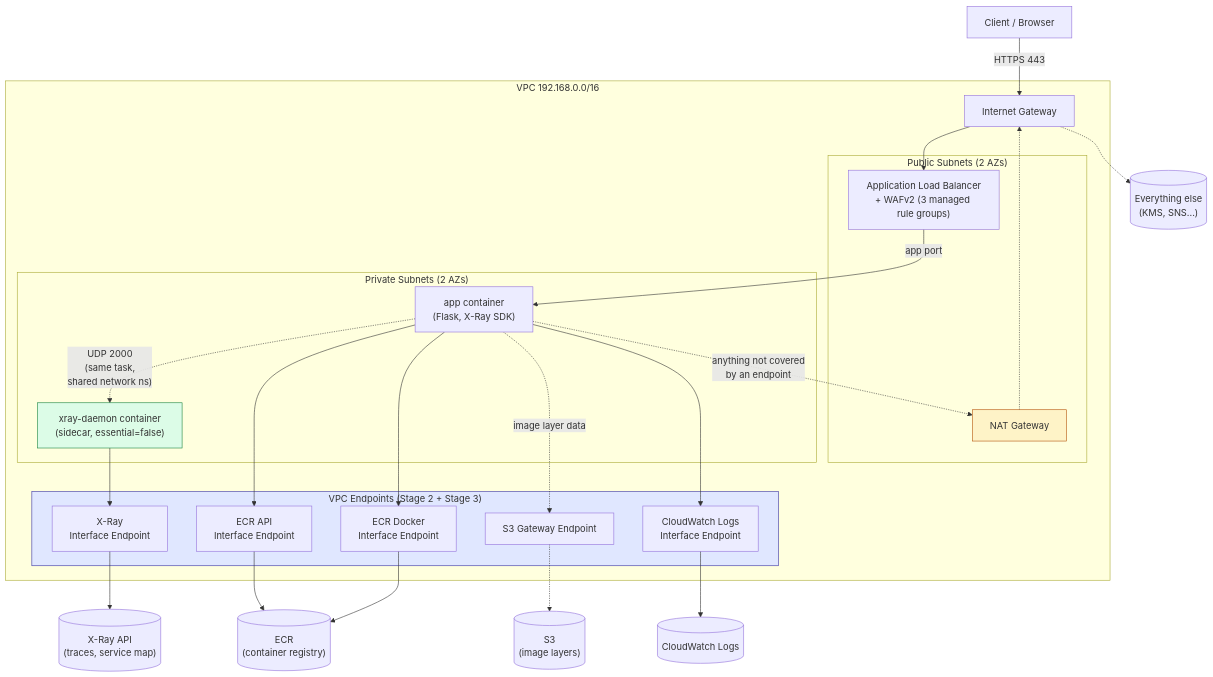
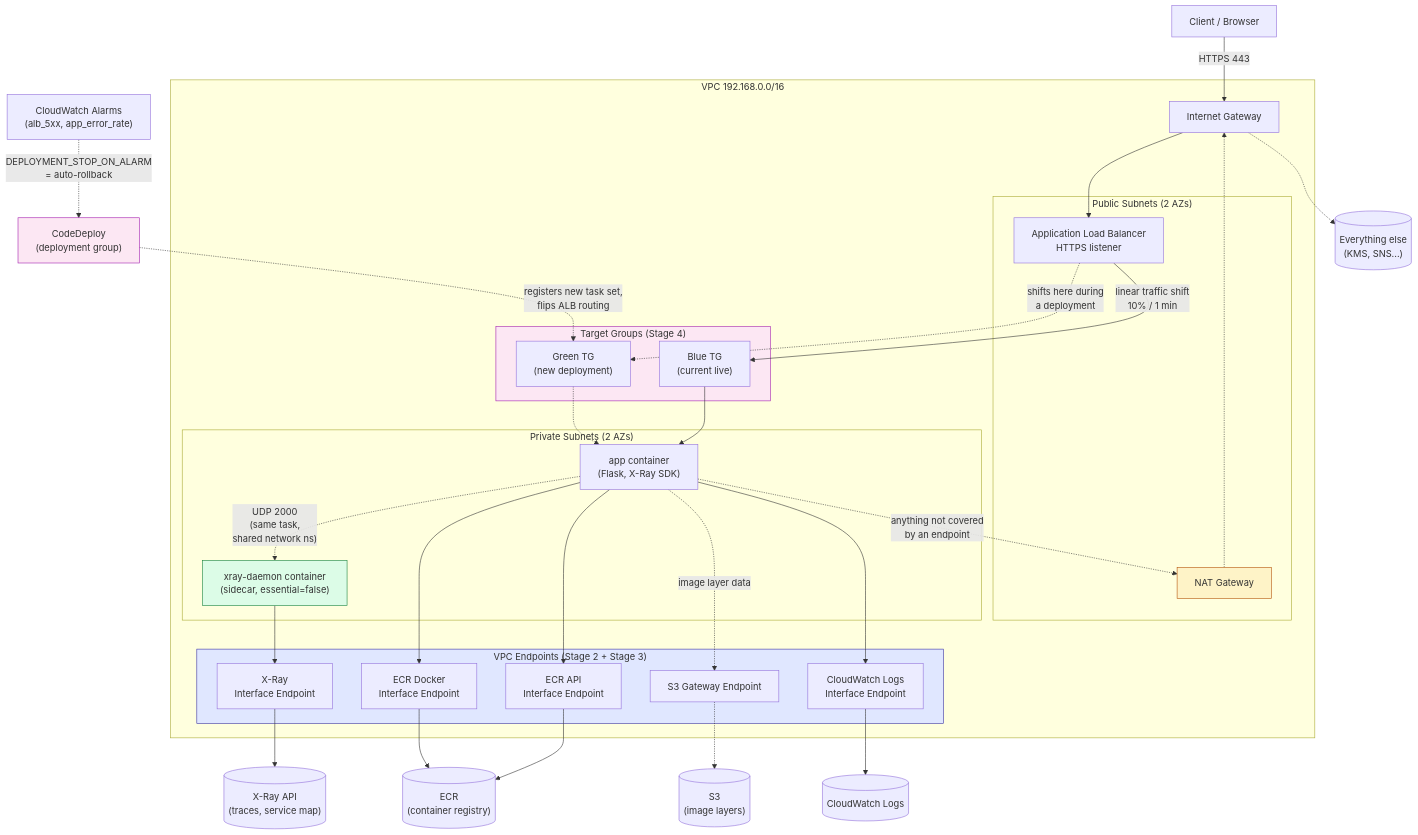
The diagram in weeks/week-05-progressive-delivery/README.md (adenoch1/devsecops-bootcamp), drawn with Mermaid before and after one commit. The commit also changed other lines of this file and 6 other files, not shown here.

First line of the commit message:
Week 05 Stage 4: CodeDeploy Blue/Green traffic shifting

````diff
--- a/weeks/week-05-progressive-delivery/README.md
+++ b/weeks/week-05-progressive-delivery/README.md
@@ -23,49 +23,64 @@
 ```mermaid
 graph TB
     Client["Client / Browser"]
+    CodeDeploy["CodeDeploy<br/>(deployment group)"]
+    Alarms["CloudWatch Alarms<br/>(alb_5xx, app_error_rate)"]
 
     subgraph VPC["VPC 192.168.0.0/16"]
         IGW["Internet Gateway"]
 
         subgraph Public["Public Subnets (2 AZs)"]
-            ALB["Application Load Balancer<br/>+ WAFv2 (3 managed rule groups)"]
+            ALB["Application Load Balancer<br/>HTTPS listener"]
             NAT["NAT Gateway"]
+        end
+
+        subgraph TGs["Target Groups (Stage 4)"]
+            BlueTG["Blue TG<br/>(current live)"]
+            GreenTG["Green TG<br/>(new deployment)"]
         end
 
         subgraph Private["Private Subnets (2 AZs)"]
             App["app container<br/>(Flask, X-Ray SDK)"]
             XrayD["xray-daemon container<br/>(sidecar, essential=false)"]
         end
 
         subgraph Endpoints["VPC Endpoints (Stage 2 + Stage 3)"]
             S3EP["S3 Gateway Endpoint"]
             EcrApiEP["ECR API<br/>Interface Endpoint"]
             EcrDkrEP["ECR Docker<br/>Interface Endpoint"]
             LogsEP["CloudWatch Logs<br/>Interface Endpoint"]
             XrayEP["X-Ray<br/>Interface Endpoint"]
         end
     end
 
     S3[("S3<br/>(image layers)")]
     ECR[("ECR<br/>(container registry)")]
     CWLogs[("CloudWatch Logs")]
     XrayAPI[("X-Ray API<br/>(traces, service map)")]
     Other[("Everything else<br/>(KMS, SNS...)")]
 
     Client -->|"HTTPS 443"| IGW
     IGW --> ALB
-    ALB -->|"app port"| App
+    ALB -->|"linear traffic shift<br/>10% / 1 min"| BlueTG
+    ALB -.->|"shifts here during<br/>a deployment"| GreenTG
+    BlueTG --> App
+    GreenTG -.-> App
+
+    CodeDeploy -.->|"registers new task set,<br/>flips ALB routing"| GreenTG
+    Alarms -.->|"DEPLOYMENT_STOP_ON_ALARM<br/>= auto-rollback"| CodeDeploy
 
     App -.->|"UDP 2000<br/>(same task,<br/>shared network ns)"| XrayD
 
     App --> EcrApiEP --> ECR
     App --> EcrDkrEP --> ECR
     App -.->|"image layer data"| S3EP -.-> S3
     App --> LogsEP --> CWLogs
     XrayD --> XrayEP --> XrayAPI
     App -.->|"anything not covered<br/>by an endpoint"| NAT -.-> IGW -.-> Other
 
     style Endpoints fill:#e0e7ff,stroke:#3730a3
     style NAT fill:#fef3c7,stroke:#b45309
     style XrayD fill:#dcfce7,stroke:#15803d
+    style TGs fill:#fce7f3,stroke:#a21caf
+    style CodeDeploy fill:#fce7f3,stroke:#a21caf
 ```
````
